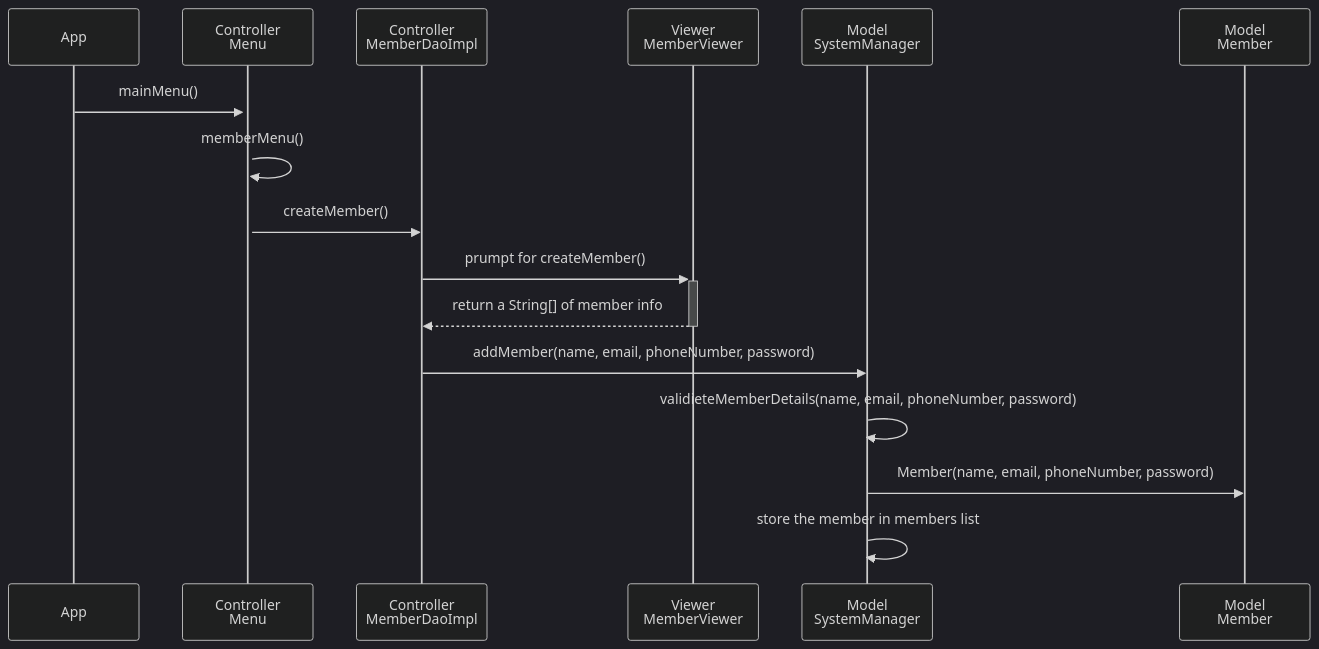
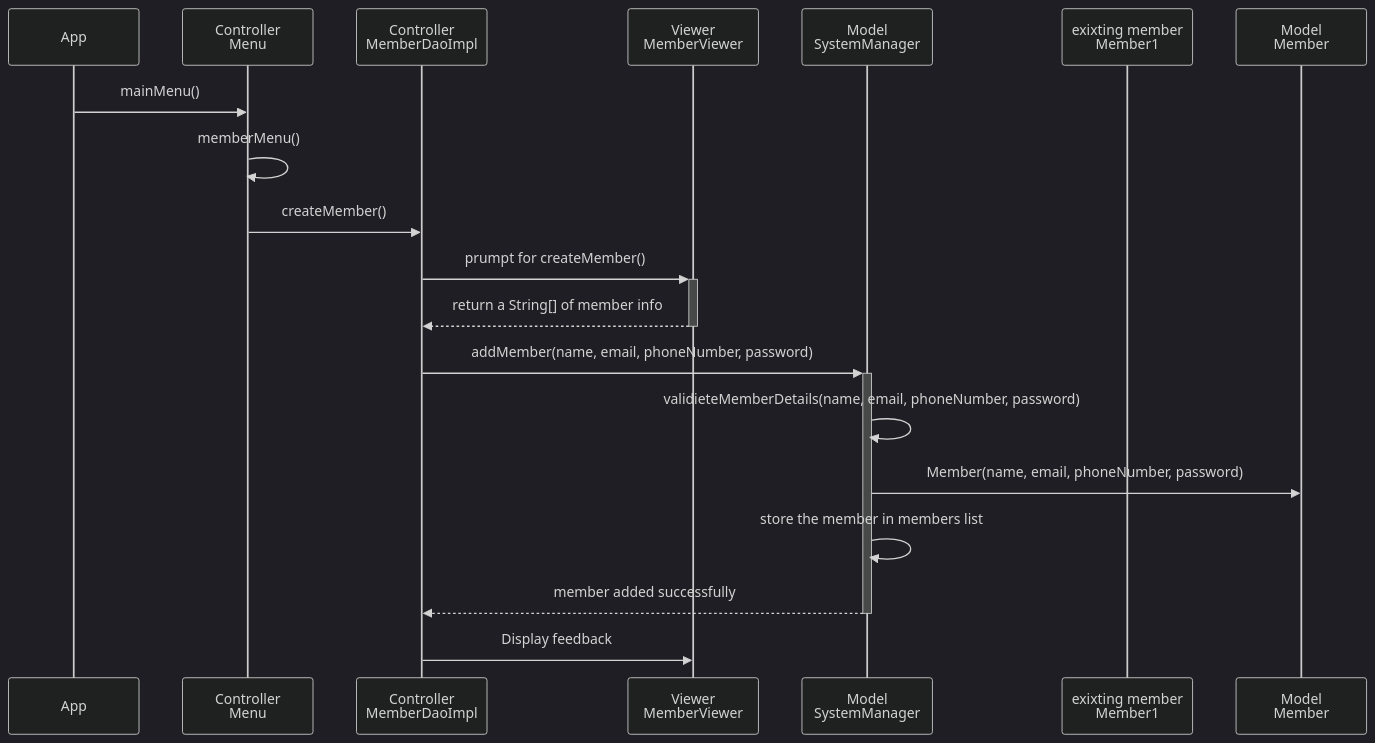
One commit to ashkar99/Stuff-Lending-System changed the fifth of 5 diagrams in design.md. Above: the diagram before and after it, drawn with Mermaid (dark theme).

`````diff
--- a/design.md
+++ b/design.md
@@ -413,21 +413,25 @@
 ```mermaid
 sequenceDiagram
     participant App as App 
     participant Menu as Controller <br/> Menu
     participant MC as Controller <br/> MemberDaoImpl 
     participant MV as Viewer <br/> MemberViewer
     participant SM as  Model <br/> SystemManager
+    participant M1 as exixting member <br/> Member1
+    participant M1 as exixting member <br/> Member1
     participant M as Model <br/> Member
     
     %% Scenario: Add a new third member with user input and database interaction
-    App->>+ Menu: mainMenu()
+    App->> Menu: mainMenu()
     Menu->>Menu: memberMenu()
     Menu->>MC: createMember()
     MC->>+MV: prumpt for createMember()
     MV-->>-MC: return a String[] of member info
-    MC->>SM: addMember(name, email, phoneNumber, password) 
+    MC->>+SM: addMember(name, email, phoneNumber, password) 
     SM->>SM: validieteMemberDetails(name, email, phoneNumber, password) 
     SM->>M: Member(name, email, phoneNumber, password)
     SM->>SM: store the member in members list
+    SM-->>-MC: member added successfully
+    MC->>MV: Display feedback
 
 ````
`````
